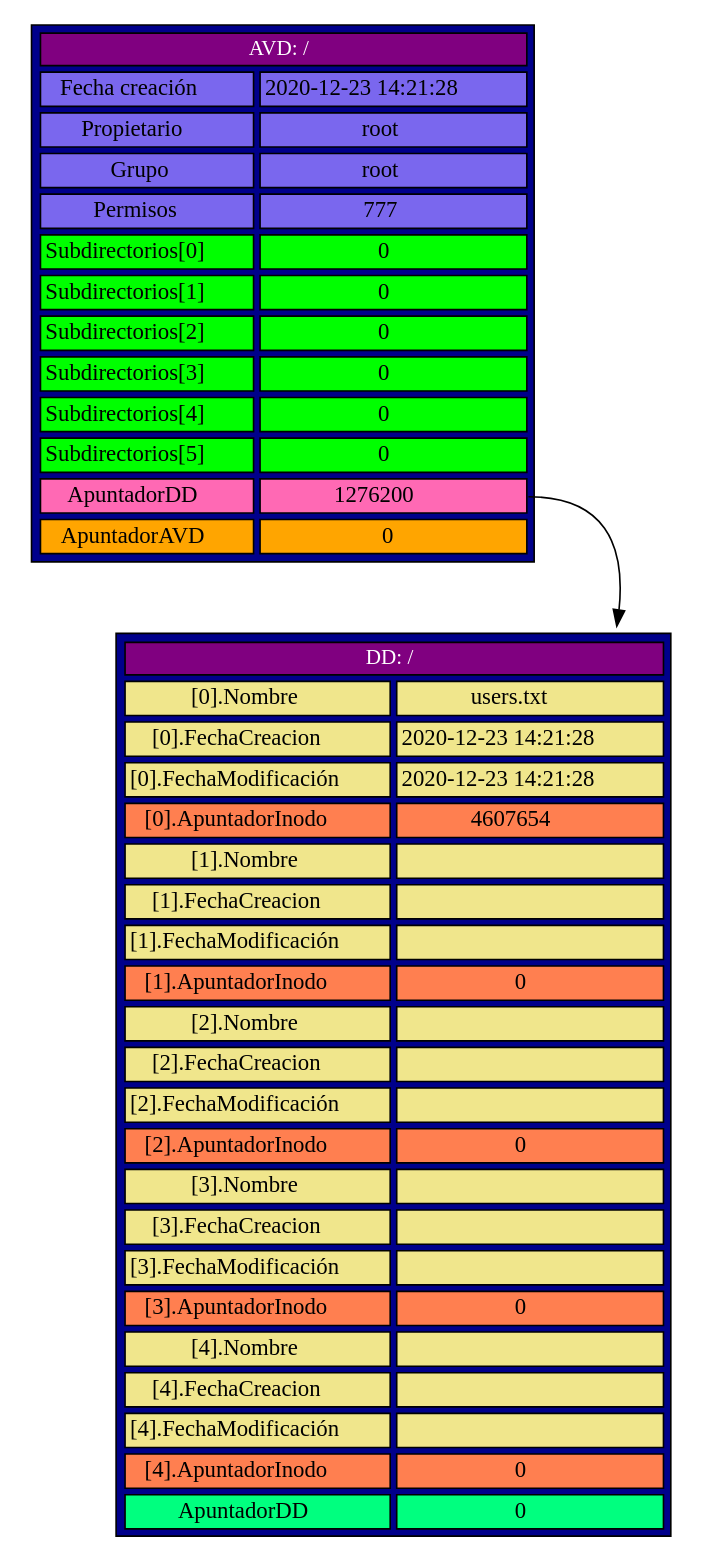
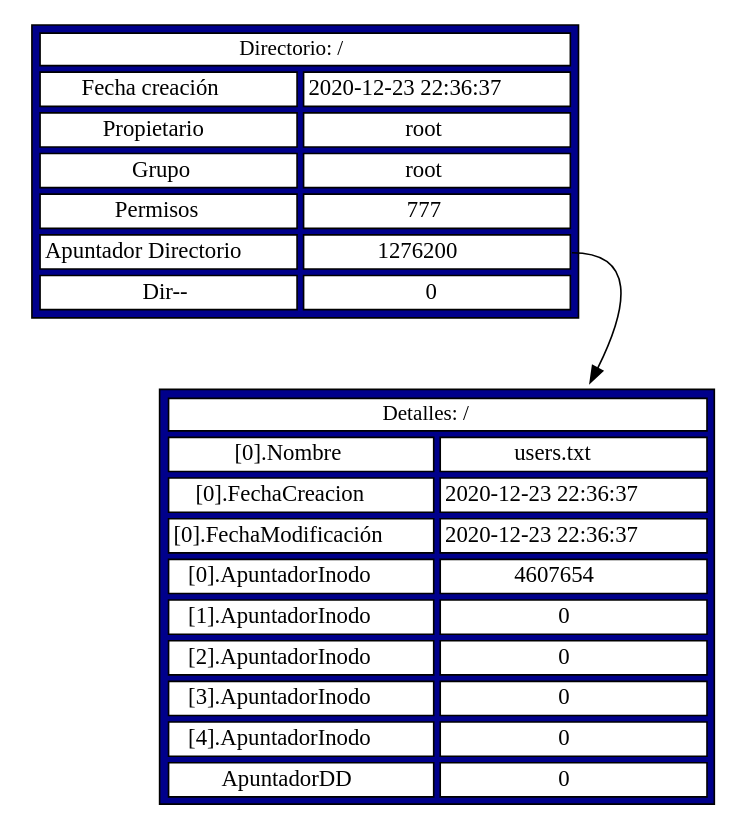
Before and after one commit to kfabio001/-MIA-Proyecto1Fase2_20170907: the diagram in codigo8.dot, drawn with Graphviz. The commit also changed 8 other files, not shown here.

```diff
--- a/codigo8.dot
+++ b/codigo8.dot
@@ -1,154 +1,85 @@
 digraph Tree {
 		node [shape=plaintext];
 		AVD0 [label=<
 	<TABLE BORDER="1"  cellpadding="2"   CELLBORDER="1" CELLSPACING="4" BGCOLOR="blue4" color = 'black'>            
 	   <TR> 
-		   <TD bgcolor='purple' colspan="2"><font color='white' point-size='13'>AVD: /</font></TD>
+		   <TD bgcolor='white' colspan="2"><font color='black' point-size='13'>Directorio: /</font></TD>
 	   </TR>
 	   <TR> 
-		   <TD bgcolor='slateblue2' >Fecha creación</TD>
-		   <TD bgcolor='slateblue2' > 2020-12-23 14:21:28 </TD>
+		   <TD bgcolor='white' >Fecha creación</TD>
+		   <TD bgcolor='white' > 2020-12-23 22:36:37 </TD>
 	   </TR>
 	   <TR>
-		   <TD bgcolor='slateblue2' >Propietario</TD>
-		   <TD bgcolor='slateblue2' > root </TD>
+		   <TD bgcolor='white' >Propietario</TD>
+		   <TD bgcolor='white' > root </TD>
 	   </TR>
 	   <TR>
-		   <TD bgcolor='slateblue2' >Grupo</TD>
-		   <TD bgcolor='slateblue2' > root </TD>
+		   <TD bgcolor='white' >Grupo</TD>
+		   <TD bgcolor='white' > root </TD>
 	   </TR>
 	   <TR>
-		   <TD bgcolor='slateblue2' >Permisos</TD>
-		   <TD bgcolor='slateblue2' > 777 </TD>
+		   <TD bgcolor='white' >Permisos</TD>
+		   <TD bgcolor='white' > 777 </TD>
+	   </TR>
+	   
+	   <TR>
+		   <TD  bgcolor='white' >Apuntador Directorio</TD>
+		   <TD  bgcolor='white' PORT="6"> 1276200 </TD>
 	   </TR>
 	   <TR>
-		   <TD  bgcolor='green1' >Subdirectorios[0]</TD>
-		   <TD  bgcolor='green1' PORT="0"> 0 </TD>
-	   </TR>
-	   <TR>
-		   <TD  bgcolor='green1' >Subdirectorios[1]</TD>
-		   <TD  bgcolor='green1' PORT="1"> 0 </TD>
-	   </TR>
-	   <TR>
-		   <TD  bgcolor='green1' >Subdirectorios[2]</TD>
-		   <TD  bgcolor='green1' PORT="2"> 0 </TD>
-	   </TR>
-	   <TR>
-		   <TD  bgcolor='green1' >Subdirectorios[3]</TD>
-		   <TD  bgcolor='green1' PORT="3"> 0 </TD>
-	   </TR>
-	   <TR>
-		   <TD  bgcolor='green1' >Subdirectorios[4]</TD>
-		   <TD  bgcolor='green1' PORT="4"> 0 </TD>
-	   </TR>
-	   <TR>
-		   <TD  bgcolor='green1' >Subdirectorios[5]</TD>
-		   <TD  bgcolor='green1' PORT="5"> 0 </TD>
-	   </TR>
-	   <TR>
-		   <TD  bgcolor='hotpink' >ApuntadorDD</TD>
-		   <TD  bgcolor='hotpink' PORT="6"> 1276200 </TD>
-	   </TR>
-	   <TR>
-		   <TD  bgcolor='orange' >ApuntadorAVD</TD>
-		   <TD  bgcolor='orange' PORT="7"> 0</TD>
+		   <TD  bgcolor='white' >Dir--</TD>
+		   <TD  bgcolor='white' PORT="7"> 0</TD>
 	   </TR>
    </TABLE>
 	>];
 
 	AVD0:6->DD0
 
 			DD0 [label=<
 	<TABLE BORDER="1"  cellpadding="2"   CELLBORDER="1" CELLSPACING="4" BGCOLOR="blue4" color = 'black'>            
 	   <TR> 
-		   <TD bgcolor='purple' colspan="2"><font color='white' point-size='13'>DD: /</font></TD>
+		   <TD bgcolor='white' colspan="2"><font color='black' point-size='13'>Detalles: /</font></TD>
 	   </TR>
 	   <TR>
-		   <TD bgcolor='khaki' >[0].Nombre</TD>
-		   <TD bgcolor='khaki' > users.txt </TD>
+		   <TD bgcolor='white' >[0].Nombre</TD>
+		   <TD bgcolor='white' > users.txt </TD>
 	   </TR>
 	   <TR>
-		   <TD bgcolor='khaki' >[0].FechaCreacion</TD>
-		   <TD bgcolor='khaki' > 2020-12-23 14:21:28 </TD>
+		   <TD bgcolor='white' >[0].FechaCreacion</TD>
+		   <TD bgcolor='white' > 2020-12-23 22:36:37 </TD>
 	   </TR>
 		<TR>
-		   <TD bgcolor='khaki' >[0].FechaModificación</TD>
-		   <TD bgcolor='khaki' > 2020-12-23 14:21:28 </TD>
+		   <TD bgcolor='white' >[0].FechaModificación</TD>
+		   <TD bgcolor='white' > 2020-12-23 22:36:37 </TD>
 	   </TR>
 		<TR>
-		   <TD bgcolor='coral' >[0].ApuntadorInodo</TD>
-		   <TD bgcolor='coral' PORT="0" > 4607654 </TD>
+		   <TD bgcolor='white' >[0].ApuntadorInodo</TD>
+		   <TD bgcolor='white' PORT="0" > 4607654 </TD>
+	   </TR>
+		
+		<TR>
+		   <TD bgcolor='white' >[1].ApuntadorInodo</TD>
+		   <TD bgcolor='white' PORT="1" > 0 </TD>
+	   </TR>
+				<TR>
+		   <TD bgcolor='white' >[2].ApuntadorInodo</TD>
+		   <TD bgcolor='white' PORT="2" > 0 </TD>
 	   </TR>
 		<TR>
-		   <TD bgcolor='khaki' >[1].Nombre</TD>
-		   <TD bgcolor='khaki' >  </TD>
+		   <TD bgcolor='white' >[3].ApuntadorInodo</TD>
+		   <TD bgcolor='white' PORT="3" > 0 </TD>
+	   </TR>
+		
+		<TR>
+		   <TD bgcolor='white' >[4].ApuntadorInodo</TD>
+		   <TD bgcolor='white' PORT="4" > 0 </TD>
 	   </TR>
 	   <TR>
-		   <TD bgcolor='khaki' >[1].FechaCreacion</TD>
-		   <TD bgcolor='khaki' >  </TD>
-	   </TR>
-		<TR>
-		   <TD bgcolor='khaki' >[1].FechaModificación</TD>
-		   <TD bgcolor='khaki' >  </TD>
-	   </TR>
-		<TR>
-		   <TD bgcolor='coral' >[1].ApuntadorInodo</TD>
-		   <TD bgcolor='coral' PORT="1" > 0 </TD>
-	   </TR>
-		<TR>
-		   <TD bgcolor='khaki' >[2].Nombre</TD>
-		   <TD bgcolor='khaki' >  </TD>
-	   </TR>
-	   <TR>
-		   <TD bgcolor='khaki' >[2].FechaCreacion</TD>
-		   <TD bgcolor='khaki' >  </TD>
-	   </TR>
-		<TR>
-		   <TD bgcolor='khaki' >[2].FechaModificación</TD>
-		   <TD bgcolor='khaki' >  </TD>
-	   </TR>
-		<TR>
-		   <TD bgcolor='coral' >[2].ApuntadorInodo</TD>
-		   <TD bgcolor='coral' PORT="2" > 0 </TD>
-	   </TR>
-		<TR>
-		   <TD bgcolor='khaki' >[3].Nombre</TD>
-		   <TD bgcolor='khaki' >  </TD>
-	   </TR>
-	   <TR>
-		   <TD bgcolor='khaki' >[3].FechaCreacion</TD>
-		   <TD bgcolor='khaki' >  </TD>
-	   </TR>
-		<TR>
-		   <TD bgcolor='khaki' >[3].FechaModificación</TD>
-		   <TD bgcolor='khaki' >  </TD>
-	   </TR>
-		<TR>
-		   <TD bgcolor='coral' >[3].ApuntadorInodo</TD>
-		   <TD bgcolor='coral' PORT="3" > 0 </TD>
-	   </TR>
-		<TR>
-		   <TD bgcolor='khaki' >[4].Nombre</TD>
-		   <TD bgcolor='khaki' >  </TD>
-	   </TR>
-	   <TR>
-		   <TD bgcolor='khaki' >[4].FechaCreacion</TD>
-		   <TD bgcolor='khaki' >  </TD>
-	   </TR>
-		<TR>
-		   <TD bgcolor='khaki' >[4].FechaModificación</TD>
-		   <TD bgcolor='khaki' >  </TD>
-	   </TR>
-		<TR>
-		   <TD bgcolor='coral' >[4].ApuntadorInodo</TD>
-		   <TD bgcolor='coral' PORT="4" > 0 </TD>
-	   </TR>
-	   <TR>
-		   <TD  bgcolor='springgreen' >ApuntadorDD</TD>
-		   <TD  bgcolor='springgreen' PORT="5"> 0 </TD>
+		   <TD  bgcolor='white' >ApuntadorDD</TD>
+		   <TD  bgcolor='white' PORT="5"> 0 </TD>
 	   </TR>
 
    </TABLE>
 	>];
 
 	}
```
